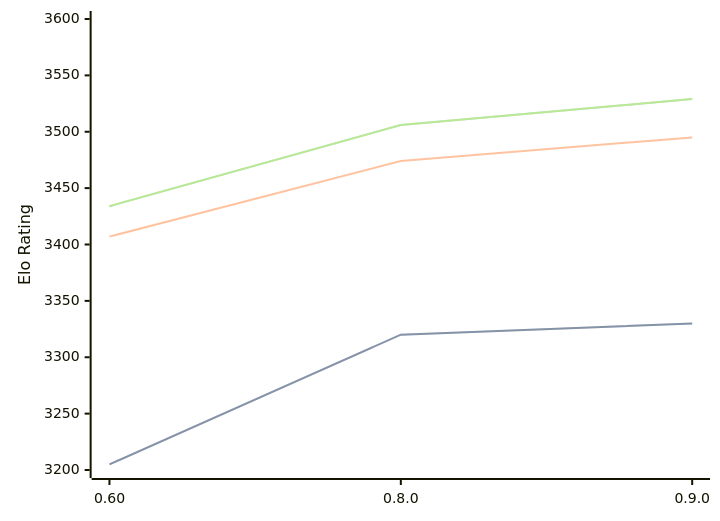
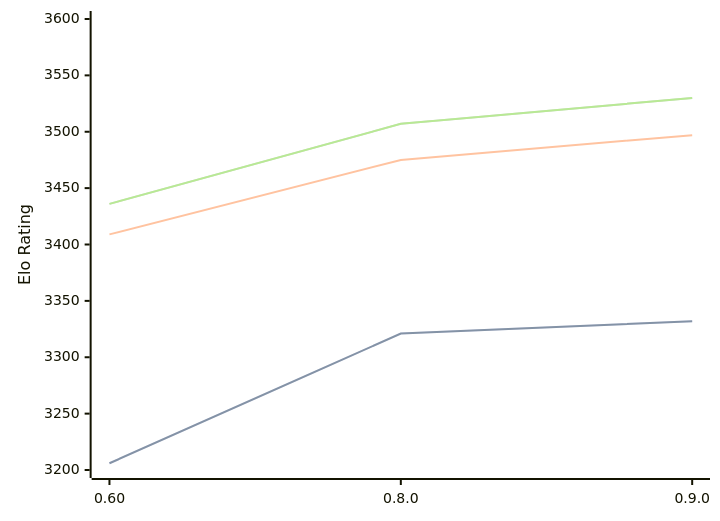
One commit to computer-chess-index/cci changed the diagram in engines/Motor.md. Above: the diagram before and after it, drawn with Mermaid. The commit also changed other lines of this file, not shown here.

Commit message:
Update CCI Ratings (ELO VLTC) - 2026-08-22

````diff
--- a/engines/Motor.md
+++ b/engines/Motor.md
@@ -33,11 +33,11 @@
 ```mermaid
 %%{init: {"theme":"base","themeVariables":{"seriesColors:['#a3a3a3','#222221','#faa371']}}}%%
 xychart-beta
   x-axis ["0.60", "0.8.0", "0.9.0"]
   y-axis "Elo Rating" 3200 --> 3600
-  line "STC (8.0+0.08s)" [3205, 3320, 3330]
-  line "STC (8.0+0.08s)" [3205, 3320, 3330]
-  line "LTC (60.0+0.60s)" [3407, 3474, 3495]
-  line "VLTC (2m24s+1.12s)" [3434, 3506, 3529]
-  line "VLTC (2m24s+1.12s)" [3434, 3506, 3529]
+  line "STC (8.0+0.08s)" [3206, 3321, 3332]
+  line "STC (8.0+0.08s)" [3206, 3321, 3332]
+  line "LTC (60.0+0.60s)" [3409, 3475, 3497]
+  line "VLTC (2m24s+1.12s)" [3436, 3507, 3530]
+  line "VLTC (2m24s+1.12s)" [3436, 3507, 3530]
 ```
````
